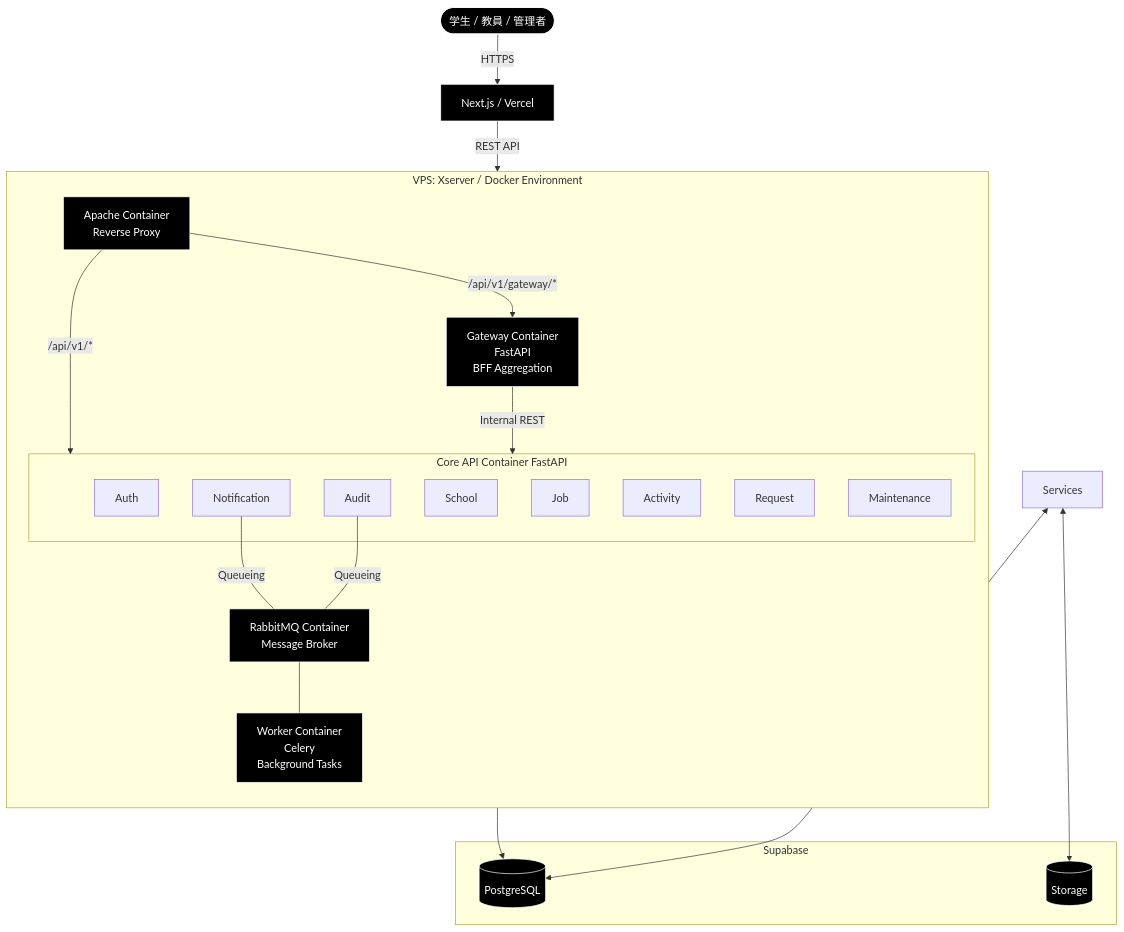
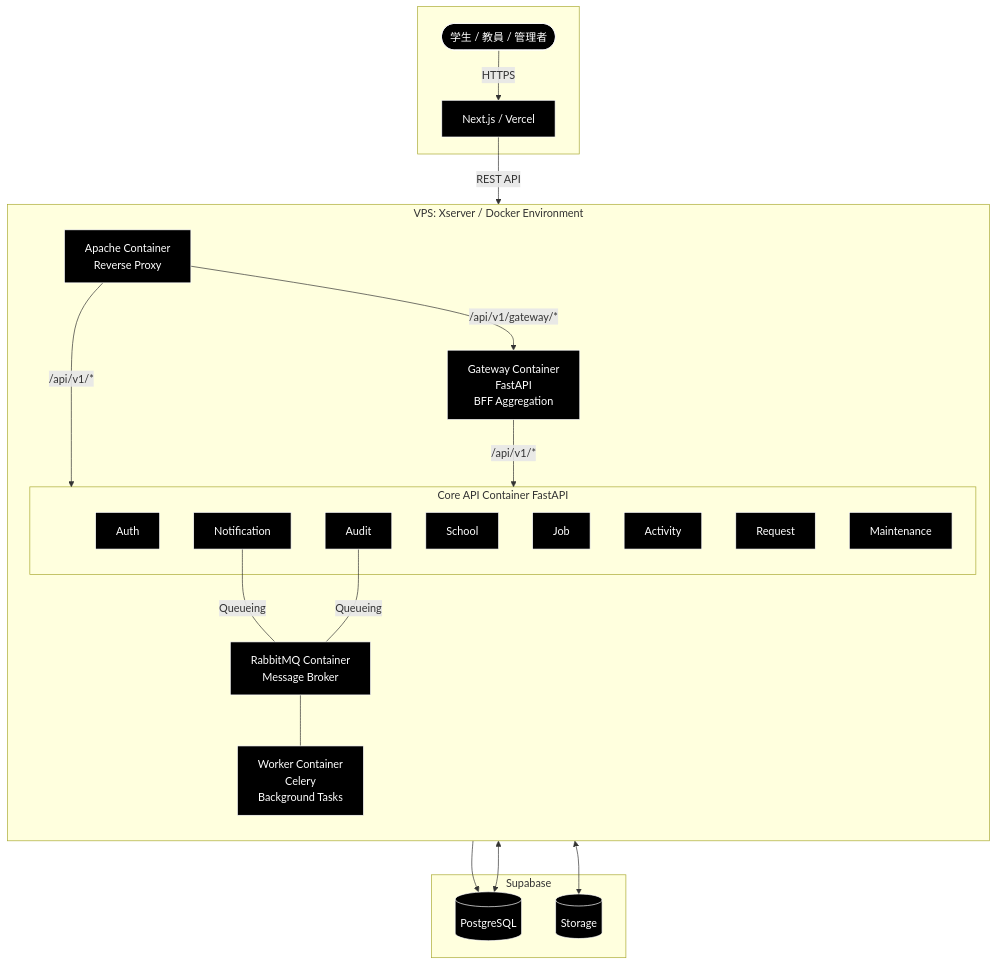
One commit to torakiti-1128/senlink changed the diagram in docs/03_BASIC_DESIGN/01_SYSTEM_CONFIGURATION/01_ARCHITECTURE.md. Above: the diagram before and after it, drawn with Mermaid. The commit also changed 1 other file, not shown here.

Commit message:
docs: 集約API一覧叩き作成

````diff
--- a/docs/03_BASIC_DESIGN/01_SYSTEM_CONFIGURATION/01_ARCHITECTURE.md
+++ b/docs/03_BASIC_DESIGN/01_SYSTEM_CONFIGURATION/01_ARCHITECTURE.md
@@ -15,69 +15,70 @@
 ```mermaid
 graph TB
     %% スタイル定義（黒塗＋白文字＋白枠）
     classDef user fill:#000,stroke:#fff,color:#fff,stroke-width:1px;
     classDef frontend fill:#000,stroke:#fff,color:#fff,stroke-width:1px;
     classDef container fill:#000,stroke:#fff,color:#fff,stroke-width:1px;
     classDef internal fill:#000,stroke:#fff,color:#fff,stroke-width:1px;
     classDef supabase fill:#000,stroke:#fff,color:#fff,stroke-width:1px;
     classDef mq fill:#000,stroke:#fff,color:#fff,stroke-width:1px;
 
-    %% ユーザー層
-    User([学生 / 教員 / 管理者]):::user
-
-    %% フロントエンド層
-    Vercel[Next.js / Vercel]:::frontend
+    subgraph Frontend [ ]
+        %% ユーザー層
+        User([学生 / 教員 / 管理者]):::user
+        %% フロントエンド層
+        Vercel[Next.js / Vercel]:::frontend
+    end
 
     %% VPS内部 (Docker Compose)
     subgraph Xserver_VPS [VPS: Xserver / Docker Environment]
         direction TB
 
         Apache[Apache Container<br/>Reverse Proxy]:::container
 
         %% Gateway（BFF）
         Gateway["Gateway Container<br/>FastAPI<br/>BFF Aggregation"]:::container
 
         %% Core API（基礎API）
         subgraph CoreAPI ["Core API Container FastAPI"]
-                Ath[Auth]
-                Sch[School]
-                Job[Job]
-                Act[Activity]
-                Req[Request]
-                Not[Notification]
-                Aud[Audit]
-                Mnt[Maintenance]
+                Ath[Auth]:::internal
+                Sch[School]:::internal
+                Job[Job]:::internal
+                Act[Activity]:::internal
+                Req[Request]:::internal
+                Not[Notification]:::internal
+                Aud[Audit]:::internal
+                Mnt[Maintenance]:::internal
         end
 
         RabbitMQ["RabbitMQ Container<br/>Message Broker"]:::mq
         Worker["Worker Container<br/>Celery<br/>Background Tasks"]:::mq
     end
 
     %% 外部基盤 (Supabase)
     subgraph Supabase_Cloud [Supabase]
         DB[(PostgreSQL)]:::supabase
         Storage[(Storage)]:::supabase
     end
 
     %% 接続関係
     User -->|HTTPS| Vercel
     Vercel -->|REST API| Apache
 
     %% Apache ルーティング
     Apache -->|/api/v1/*| CoreAPI
     Apache -->|/api/v1/gateway/*| Gateway
 
     %% Gateway -> Core API（内部HTTP呼び出し）
-    Gateway -->|Internal REST| CoreAPI
+    Gateway -->|/api/v1/*| CoreAPI
 
     %% Core API -> Data
-    Services <--> DB
-    Services <--> Storage
+    CoreAPI <--> DB
+    CoreAPI <--> Storage
 
     %% 非同期処理フロー（Core API / Worker）
     Not ---|Queueing| RabbitMQ
     Aud ---|Queueing| RabbitMQ
     RabbitMQ --- Worker
     Worker --> DB
 
 ```
````
